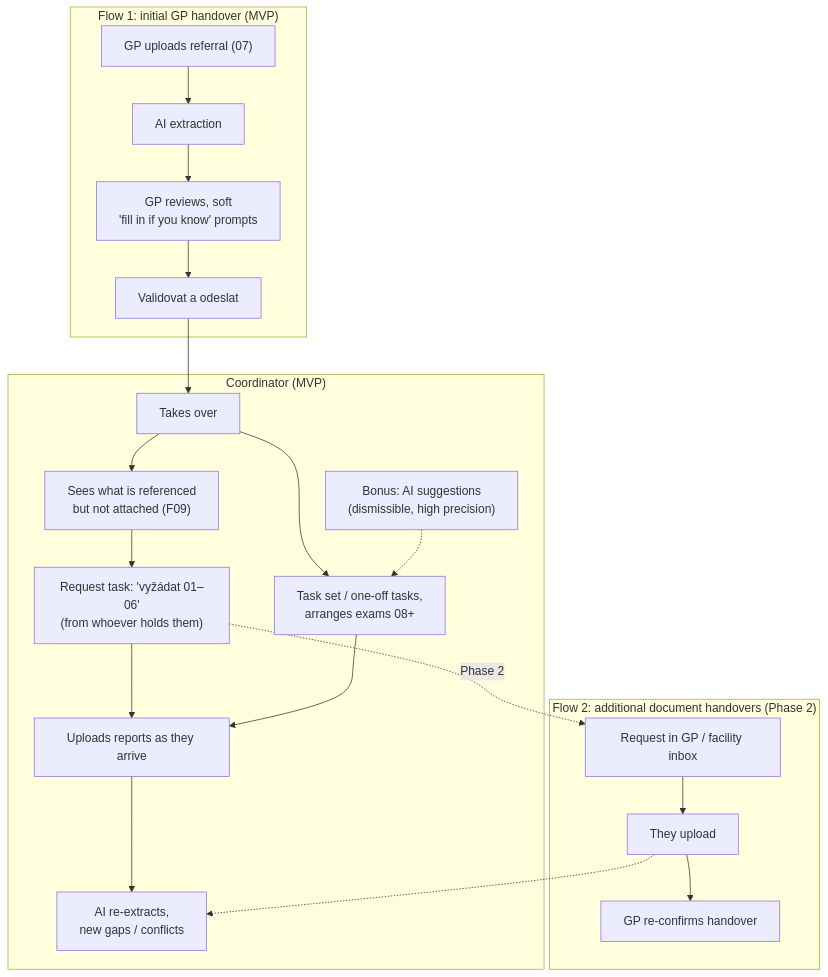
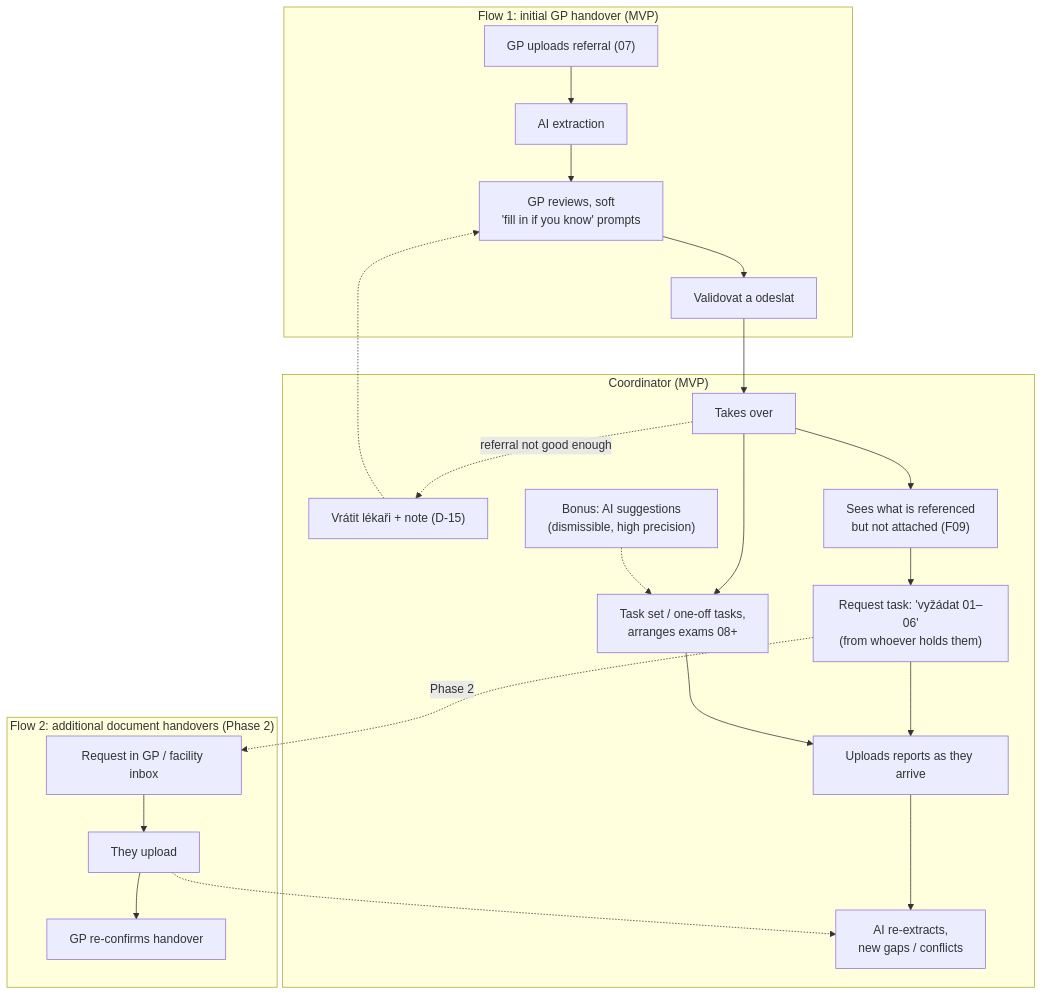
Before and after one commit to darkmackov/AI-Rackathon2026-Nessio: the third of 3 diagrams in docs/product.md, drawn with Mermaid. The commit also changed other lines of this file and 17 other files, not shown here.

````diff
--- a/docs/product.md
+++ b/docs/product.md
@@ -146,23 +155,25 @@
 ```mermaid
 flowchart TD
   subgraph f1["Flow 1: initial GP handover (MVP)"]
     up["GP uploads referral (07)"] --> ext["AI extraction"]
     ext --> rev["GP reviews, soft<br/>'fill in if you know' prompts"]
     rev --> send["Validovat a odeslat"]
   end
   subgraph koc["Coordinator (MVP)"]
-    take["Takes over"] --> detect["Sees what is referenced<br/>but not attached (F09)"]
+    take["Takes over"] -.->|"referral not good enough"| ret["Vrátit lékaři + note (D-15)"]
+    ret -.-> rev
+    take --> detect["Sees what is referenced<br/>but not attached (F09)"]
     detect --> task["Request task: 'vyžádat 01–06'<br/>(from whoever holds them)"]
     take --> plan["Task set / one-off tasks,<br/>arranges exams 08+"]
     task --> upl["Uploads reports as they arrive"]
     plan --> upl
     upl --> re["AI re-extracts,<br/>new gaps / conflicts"]
     sugg["Bonus: AI suggestions<br/>(dismissible, high precision)"] -.-> plan
   end
   subgraph f2["Flow 2: additional document handovers (Phase 2)"]
     inbox["Request in GP / facility inbox"] --> supply["They upload"] --> reconf["GP re-confirms handover"]
   end
   send --> take
   task -.->|"Phase 2"| inbox
   supply -.-> re
 ```
````
